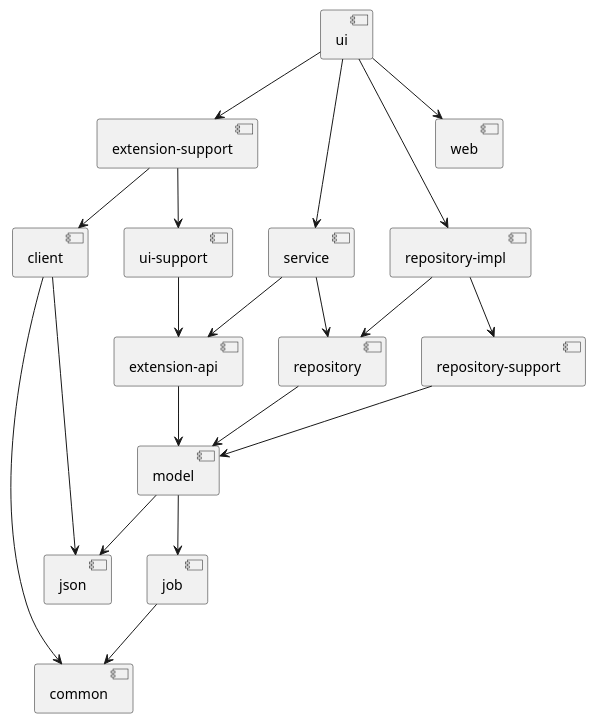
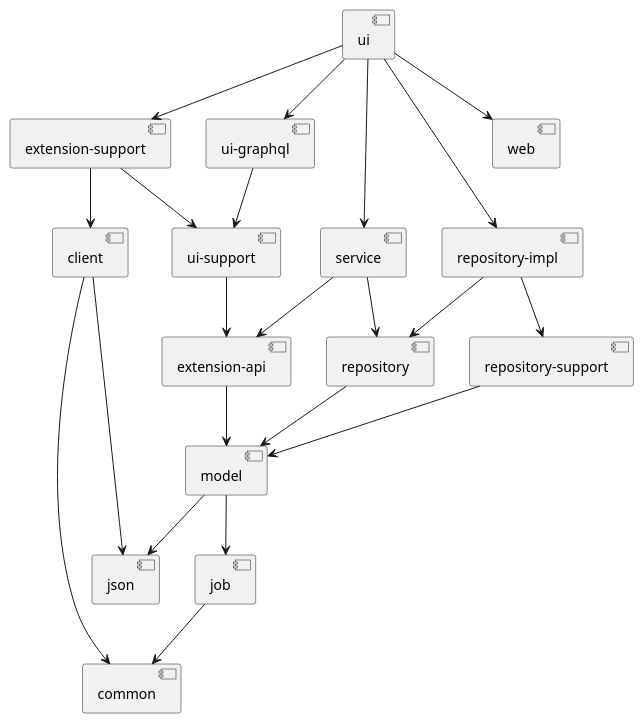
The diagram in ontrack-docs/src/docs/asciidoc/modules.puml (nemerosa/ontrack), drawn with PlantUML before and after one commit. The commit also changed 112 other files, not shown here.

Commit message:
#458 Graphql module (wip)

```diff
--- a/ontrack-docs/src/docs/asciidoc/modules.puml
+++ b/ontrack-docs/src/docs/asciidoc/modules.puml
@@ -1,47 +1,51 @@
 @startuml
 component [client]
 component [common]
 component [extension-api]
 component [extension-support]
 component [job]
 component [json]
 component [model]
 component [repository]
 component [repository-impl]
 component [repository-support]
 component [service]
 component [ui]
+component [ui-graphql]
 component [ui-support]
 component [web]
 
 [client] --> [common]
 [client] --> [json]
 
 [extension-api] --> [model]
 
 [extension-support] --> [client]
 [extension-support] --> [ui-support]
 
 [job] --> [common]
 
 [model] --> [json]
 [model] --> [job]
 
 [repository] --> [model]
 
 [repository-impl] --> [repository]
 [repository-impl] --> [repository-support]
 
 [repository-support] --> [model]
 
 [service] --> [repository]
 [service] --> [extension-api]
 
 [ui] --> [extension-support]
 [ui] --> [service]
 [ui] --> [repository-impl]
 [ui] --> [web]
+[ui] --> [ui-graphql]
 
 [ui-support] --> [extension-api]
 
+[ui-graphql] --> [ui-support]
+
 @enduml
```
